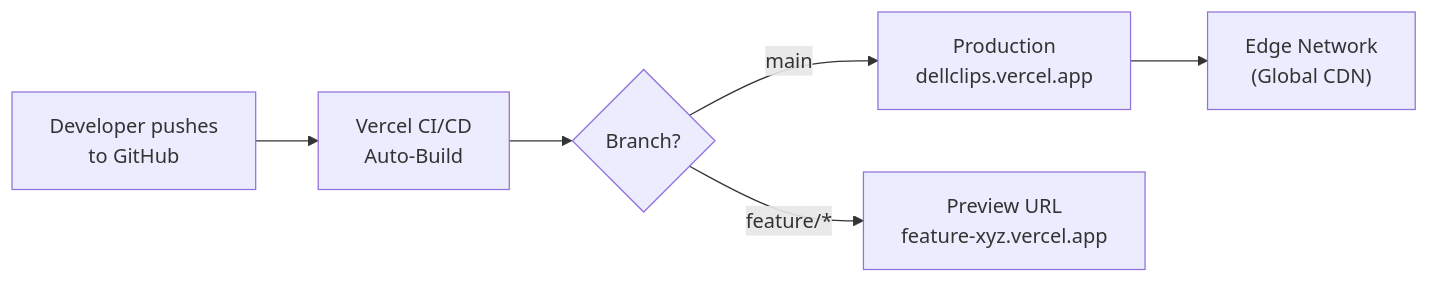
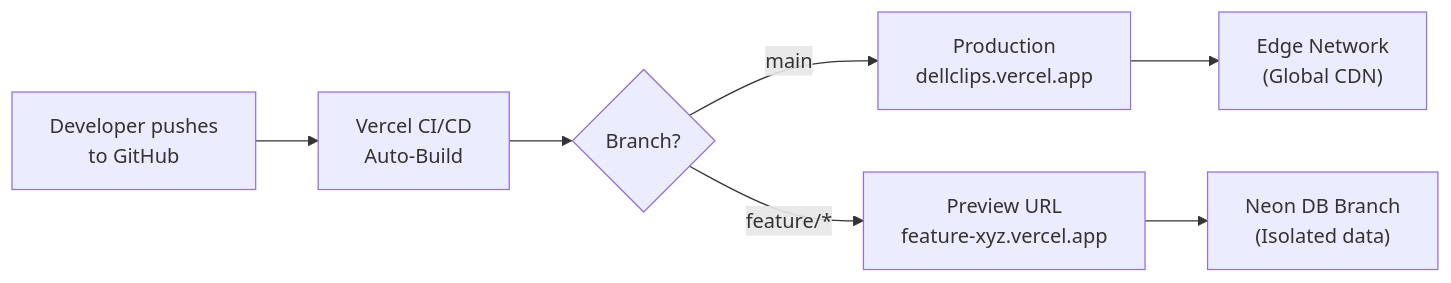
One commit to ShellyDCMS/DellClips changed the seventh of 7 diagrams in specs/architecture.md. Above: the diagram before and after it, drawn with Mermaid. The commit also changed other lines of this file and 2 other files, not shown here.

Commit message:
add hexagonal architecture with ports and adapters, expand PostgreSQL rationale and infrastructure requirements

````diff
--- a/specs/architecture.md
+++ b/specs/architecture.md
@@ -347,8 +591,9 @@
 ```mermaid
 flowchart LR
     A["Developer pushes<br/>to GitHub"] --> B["Vercel CI/CD<br/>Auto-Build"]
     B --> C{"Branch?"}
     C -->|main| D["Production<br/>dellclips.vercel.app"]
     C -->|feature/*| E["Preview URL<br/>feature-xyz.vercel.app"]
     D --> F["Edge Network<br/>(Global CDN)"]
+    E --> G["Neon DB Branch<br/>(Isolated data)"]
 ```
````
